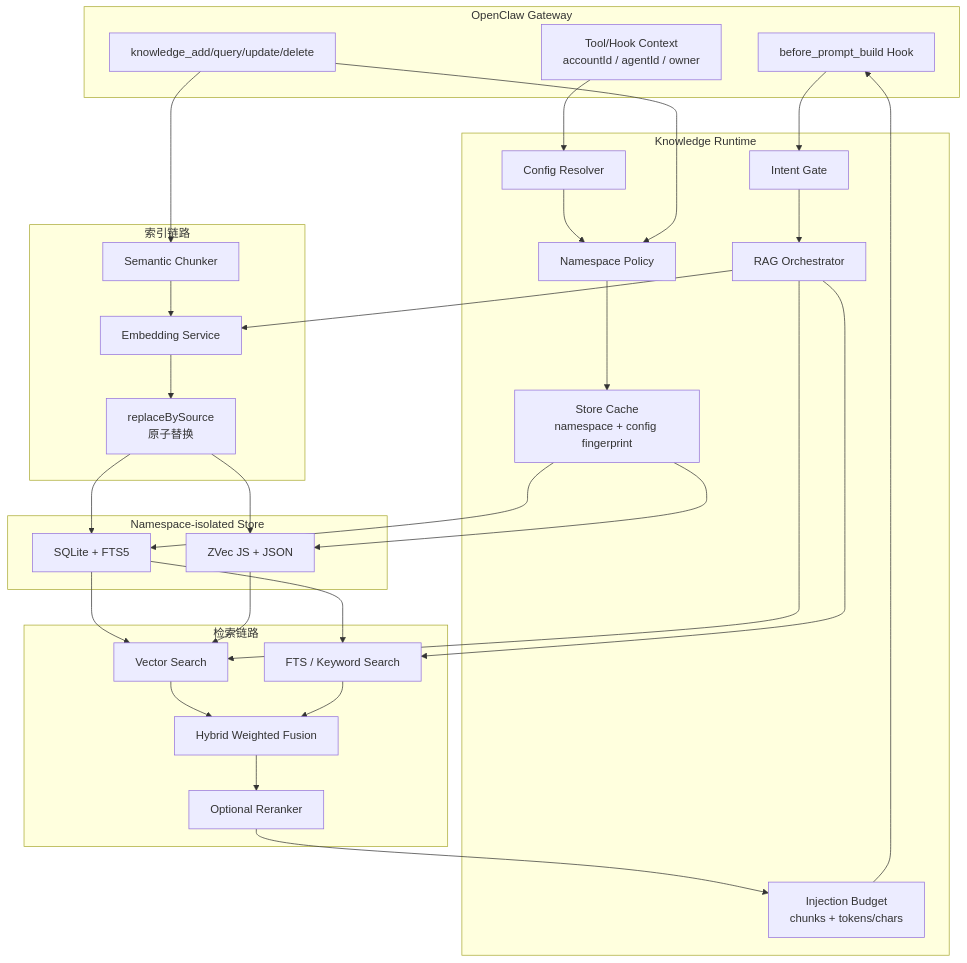
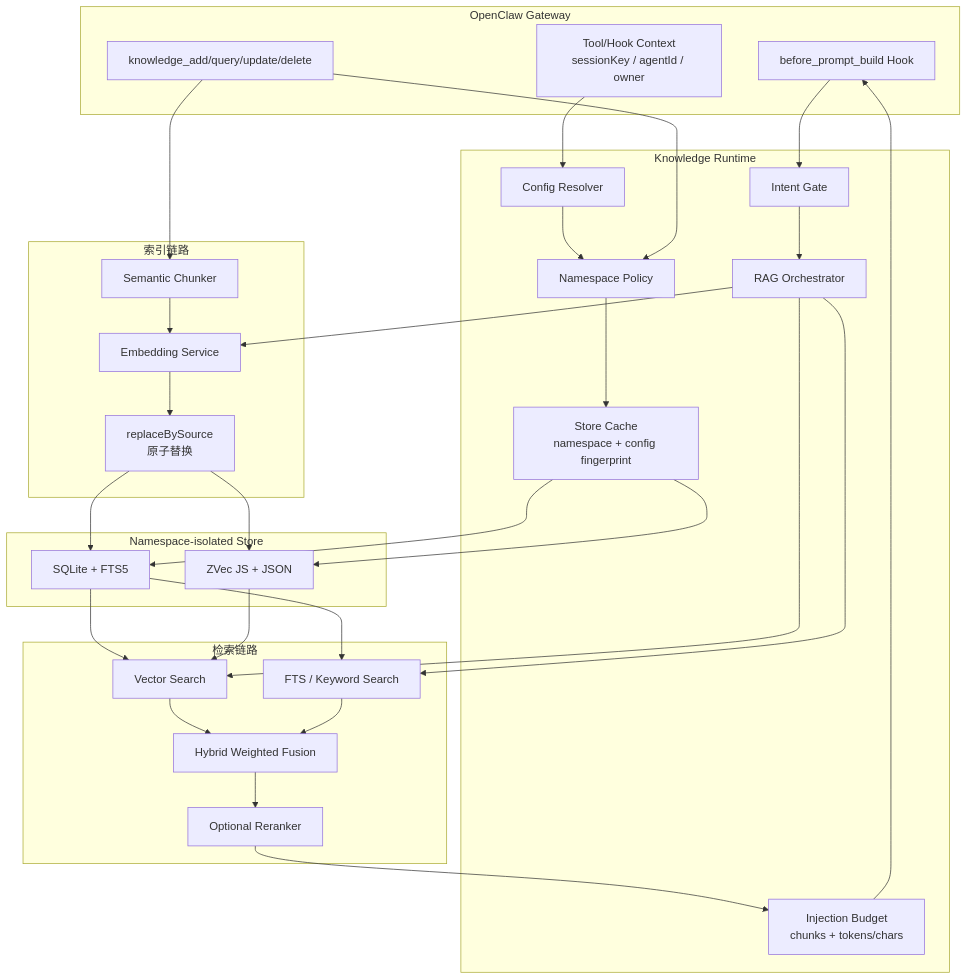
One commit to partme-ai/openclaw-plugins changed the second of 8 diagrams in doc/knowledge/OpenClaw-Knowledge-RAG-Architecture_CN.md. Above: the diagram before and after it, drawn with Mermaid. The commit also changed other lines of this file and 592 other files, not shown here.

First line of the commit message:
feat(e2e): 添加地图能力插件与微信抖音扩展功能

````diff
--- a/doc/knowledge/OpenClaw-Knowledge-RAG-Architecture_CN.md
+++ b/doc/knowledge/OpenClaw-Knowledge-RAG-Architecture_CN.md
@@ -48,53 +50,53 @@
 ```mermaid
 flowchart TB
     subgraph HOST["OpenClaw Gateway"]
         HOOK["before_prompt_build Hook"]
         TOOL["knowledge_add/query/update/delete"]
-        CTX["Tool/Hook Context<br/>accountId / agentId / owner"]
+        CTX["Tool/Hook Context<br/>sessionKey / agentId / owner"]
     end
 
     subgraph ORCH["Knowledge Runtime"]
         CFG["Config Resolver"]
         NS["Namespace Policy"]
         CACHE["Store Cache<br/>namespace + config fingerprint"]
         GATE["Intent Gate"]
         RAG["RAG Orchestrator"]
         BOUND["Injection Budget<br/>chunks + tokens/chars"]
     end
 
     subgraph INDEX["索引链路"]
         CHUNK["Semantic Chunker"]
         EMB["Embedding Service"]
         REPLACE["replaceBySource<br/>原子替换"]
     end
 
     subgraph RETRIEVE["检索链路"]
         VECTOR["Vector Search"]
         KEYWORD["FTS / Keyword Search"]
         FUSION["Hybrid Weighted Fusion"]
         RERANK["Optional Reranker"]
     end
 
     subgraph STORE["Namespace-isolated Store"]
         SQLITE["SQLite + FTS5"]
         ZVEC["ZVec JS + JSON"]
     end
 
     CTX --> CFG --> NS --> CACHE
     HOOK --> GATE --> RAG
     TOOL --> NS
     TOOL --> CHUNK --> EMB --> REPLACE
     CACHE --> SQLITE
     CACHE --> ZVEC
     REPLACE --> SQLITE
     REPLACE --> ZVEC
     RAG --> EMB
     RAG --> VECTOR
     RAG --> KEYWORD
     SQLITE --> VECTOR
     SQLITE --> KEYWORD
     ZVEC --> VECTOR
     VECTOR --> FUSION
     KEYWORD --> FUSION
     FUSION --> RERANK --> BOUND --> HOOK
 ```
````
